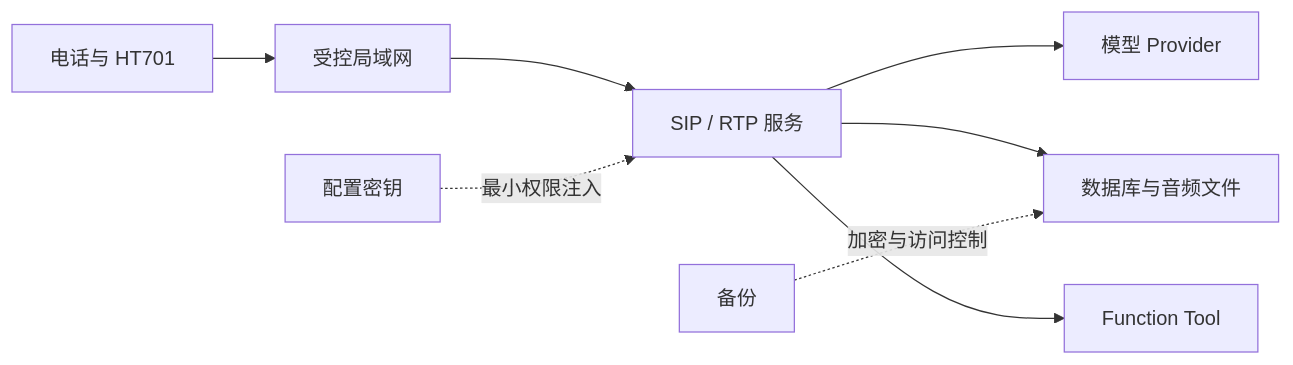
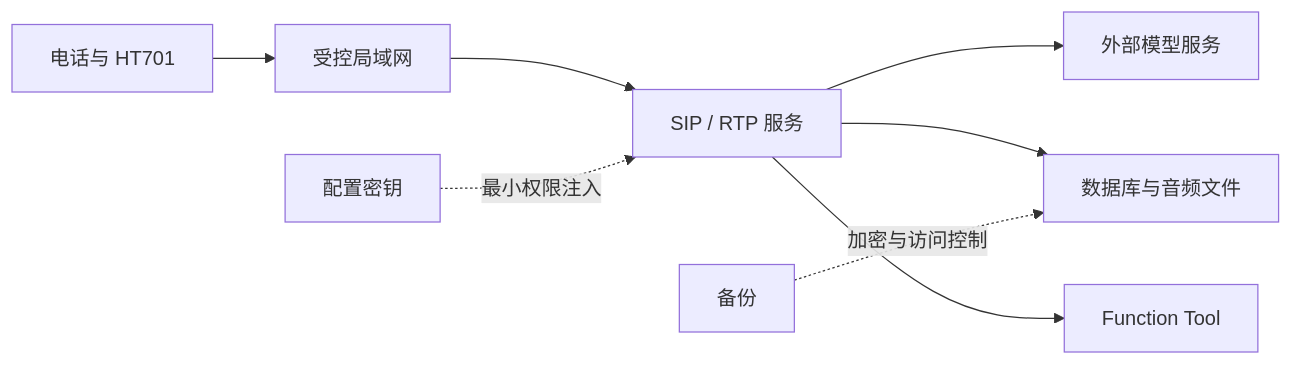
Before and after one commit to mm7h/Agent.Telephone: the diagram in docs/08-安全、隐私与生产运行边界.md, drawn with Mermaid. The commit also changed other lines of this file and 13 other files, not shown here.

````diff
--- a/docs/08-安全、隐私与生产运行边界.md
+++ b/docs/08-安全、隐私与生产运行边界.md
@@ -5,10 +5,10 @@
 ```mermaid
 flowchart LR
     A[电话与 HT701] --> B[受控局域网]
     B --> C[SIP / RTP 服务]
-    C --> D[模型 Provider]
+    C --> D[外部模型服务]
     C --> E[数据库与音频文件]
     C --> F[Function Tool]
     G[配置密钥] -.最小权限注入.-> C
     H[备份] -.加密与访问控制.-> E
 ```
````
